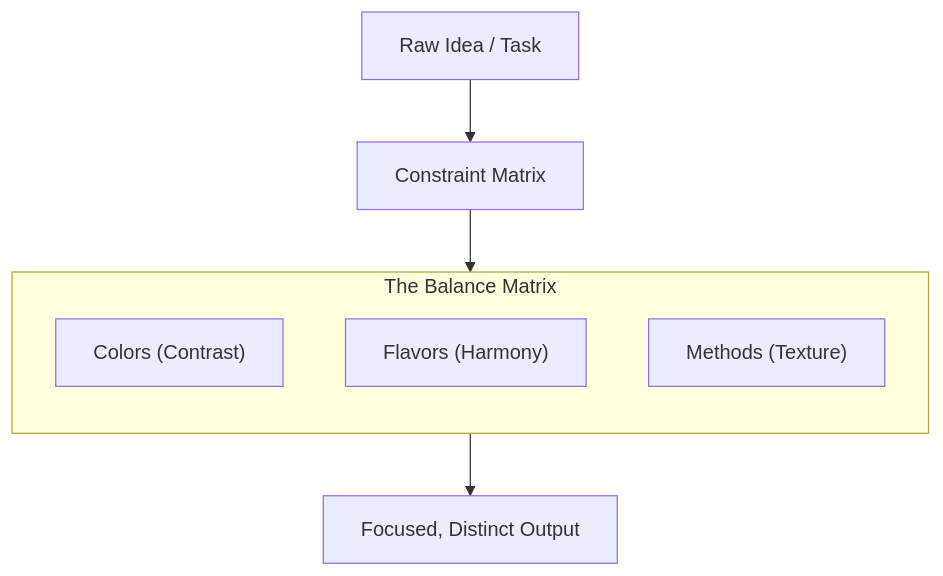
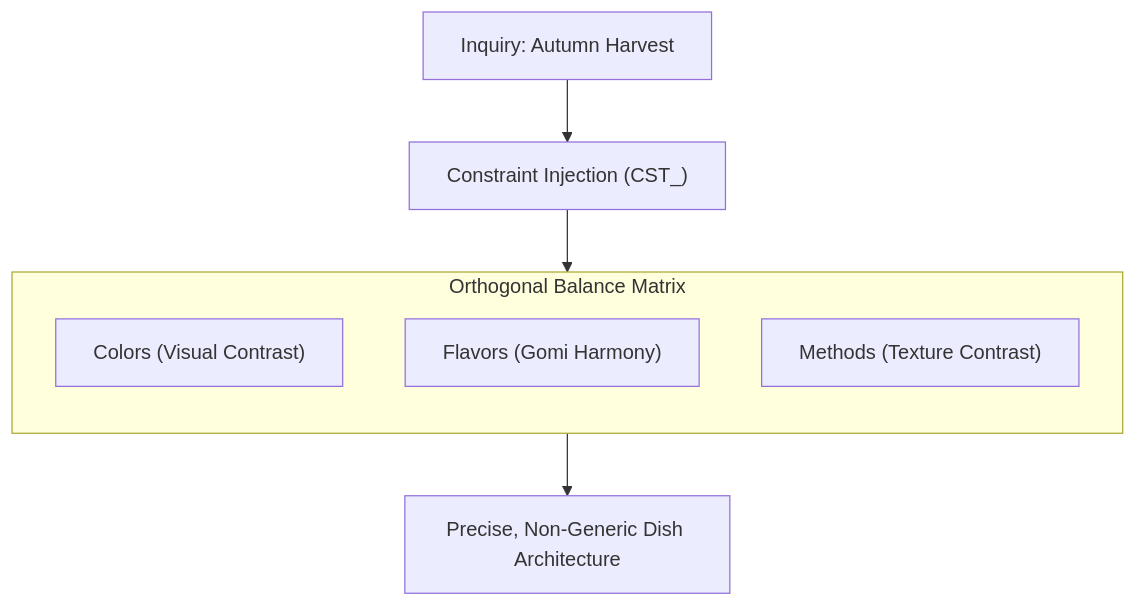
The diagram in content/garden/shojin-ryori-constraints.md (ghosoya/exocortex-garden), drawn with Mermaid before and after one commit. The commit also changed other lines of this file, not shown here.

````diff
--- a/content/garden/shojin-ryori-constraints.md
+++ b/content/garden/shojin-ryori-constraints.md
@@ -53,15 +56,15 @@
 ```mermaid
 graph TD
-    A["Raw Idea / Task"] --> B["Constraint Matrix"]
+    A["Inquiry: Autumn Harvest"] --> B["Constraint Injection (CST_)"]
     
-    subgraph MATRIX ["The Balance Matrix"]
+    subgraph MATRIX ["Orthogonal Balance Matrix"]
         direction TB
-        C["Colors (Contrast)"]
-        F["Flavors (Harmony)"]
-        M["Methods (Texture)"]
+        C["Colors (Visual Contrast)"]
+        F["Flavors (Gomi Harmony)"]
+        M["Methods (Texture Contrast)"]
     end
     
     B --> MATRIX
-    MATRIX --> D["Focused, Distinct Output"]
+    MATRIX --> D["Precise, Non-Generic Dish Architecture"]
 
 ```
````
